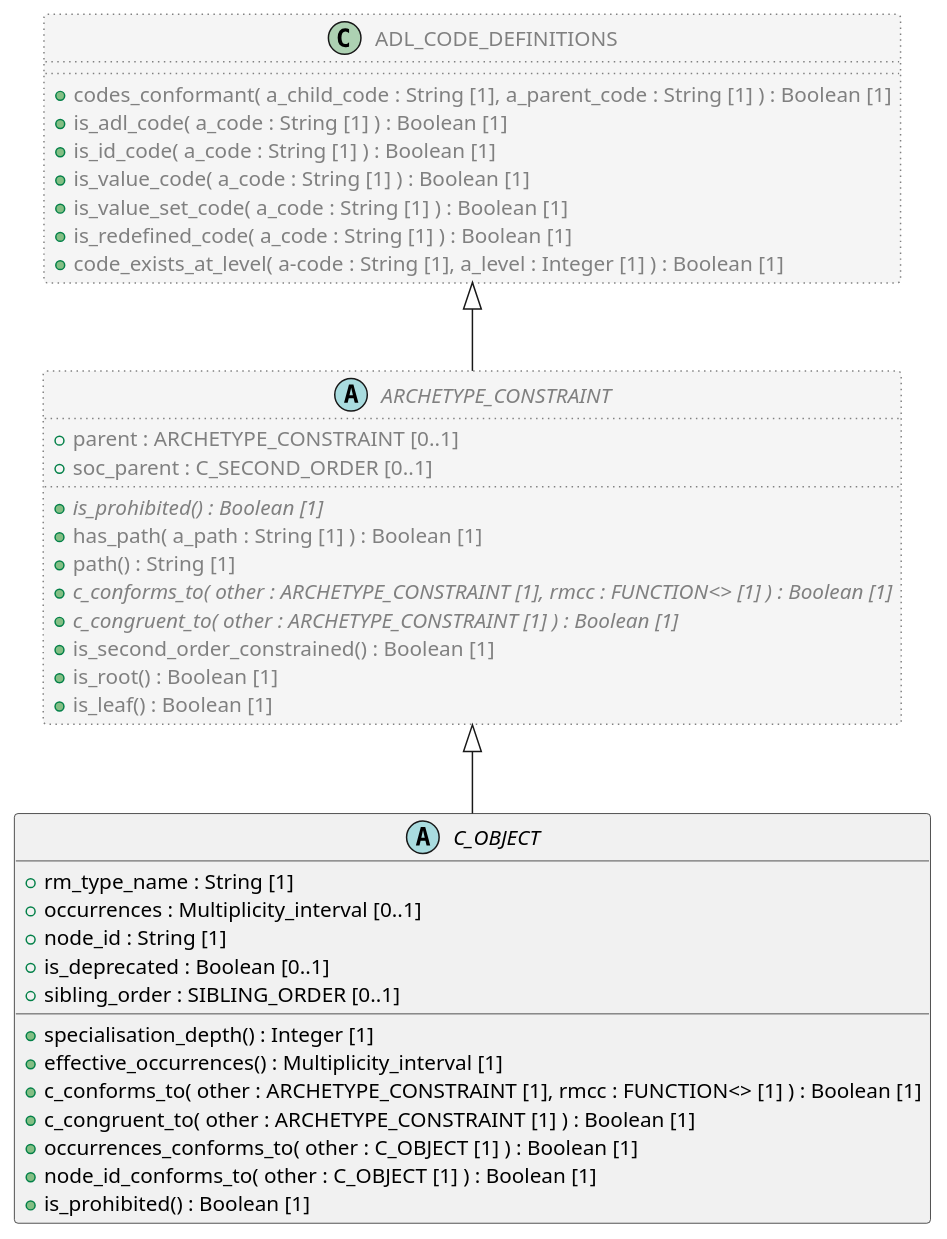
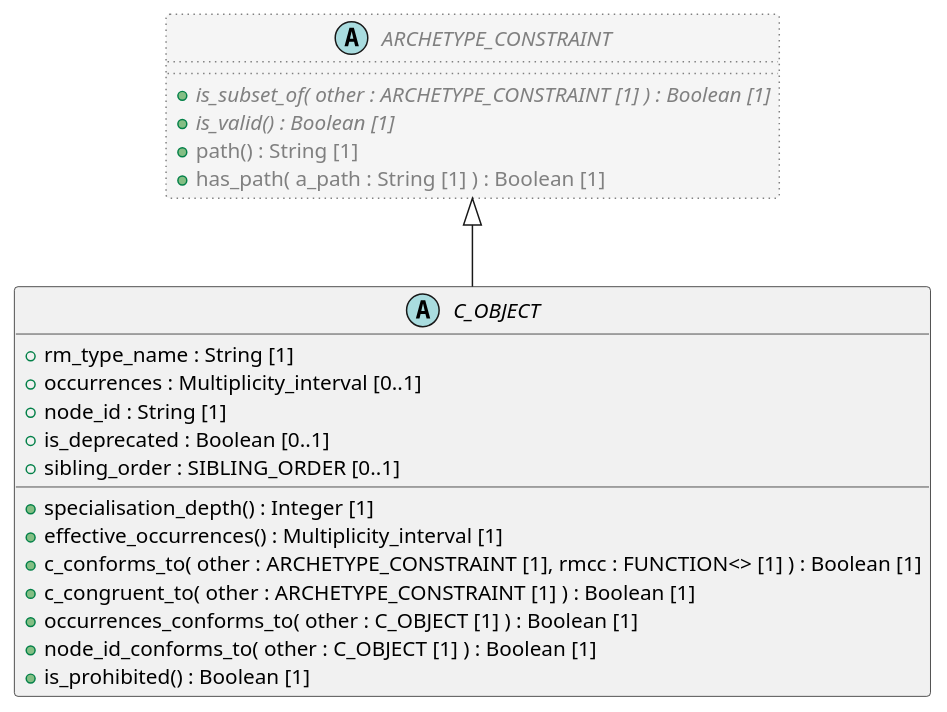
Before and after one commit to sebastian-iancu/code-generator: the diagram in code/Adoc/openehr_am_2.2.0/plantUML/classes/org.openehr.am.aom2.c_object.adoc, drawn with PlantUML. The commit also changed 1228 other files, not shown here.

```diff
--- a/code/Adoc/openehr_am_2.2.0/plantUML/classes/org.openehr.am.aom2.c_object.adoc
+++ b/code/Adoc/openehr_am_2.2.0/plantUML/classes/org.openehr.am.aom2.c_object.adoc
@@ -1,49 +1,31 @@
 [plantuml,C_OBJECT,format=svg,svg-type="inline"]
 -----
 @startuml
 
 abstract class C_OBJECT {
   + rm_type_name : String [1]
   + occurrences : Multiplicity_interval [0..1]
   + node_id : String [1]
   + is_deprecated : Boolean [0..1]
   + sibling_order : SIBLING_ORDER [0..1]
   + specialisation_depth() : Integer [1]
   + effective_occurrences() : Multiplicity_interval [1]
   + c_conforms_to( other : ARCHETYPE_CONSTRAINT [1], rmcc : FUNCTION<> [1] ) : Boolean [1]
   + c_congruent_to( other : ARCHETYPE_CONSTRAINT [1] ) : Boolean [1]
   + occurrences_conforms_to( other : C_OBJECT [1] ) : Boolean [1]
   + node_id_conforms_to( other : C_OBJECT [1] ) : Boolean [1]
   + is_prohibited() : Boolean [1]
 }
 
 abstract class ARCHETYPE_CONSTRAINT  #whitesmoke;line:gray;line.dotted;text:gray {
-  + parent : ARCHETYPE_CONSTRAINT [0..1]
-  + soc_parent : C_SECOND_ORDER [0..1]
-  + {abstract} is_prohibited() : Boolean [1]
+  + {abstract} is_subset_of( other : ARCHETYPE_CONSTRAINT [1] ) : Boolean [1]
+  + {abstract} is_valid() : Boolean [1]
+  + path() : String [1]
   + has_path( a_path : String [1] ) : Boolean [1]
-  + path() : String [1]
-  + {abstract} c_conforms_to( other : ARCHETYPE_CONSTRAINT [1], rmcc : FUNCTION<> [1] ) : Boolean [1]
-  + {abstract} c_congruent_to( other : ARCHETYPE_CONSTRAINT [1] ) : Boolean [1]
-  + is_second_order_constrained() : Boolean [1]
-  + is_root() : Boolean [1]
-  + is_leaf() : Boolean [1]
 }
-
-class ADL_CODE_DEFINITIONS  #whitesmoke;line:gray;line.dotted;text:gray {
-  + codes_conformant( a_child_code : String [1], a_parent_code : String [1] ) : Boolean [1]
-  + is_adl_code( a_code : String [1] ) : Boolean [1]
-  + is_id_code( a_code : String [1] ) : Boolean [1]
-  + is_value_code( a_code : String [1] ) : Boolean [1]
-  + is_value_set_code( a_code : String [1] ) : Boolean [1]
-  + is_redefined_code( a_code : String [1] ) : Boolean [1]
-  + code_exists_at_level( a-code : String [1], a_level : Integer [1] ) : Boolean [1]
-}
-
-ADL_CODE_DEFINITIONS <|-- ARCHETYPE_CONSTRAINT
 
 ARCHETYPE_CONSTRAINT <|-- C_OBJECT
 
 
 @enduml
 -----
```
